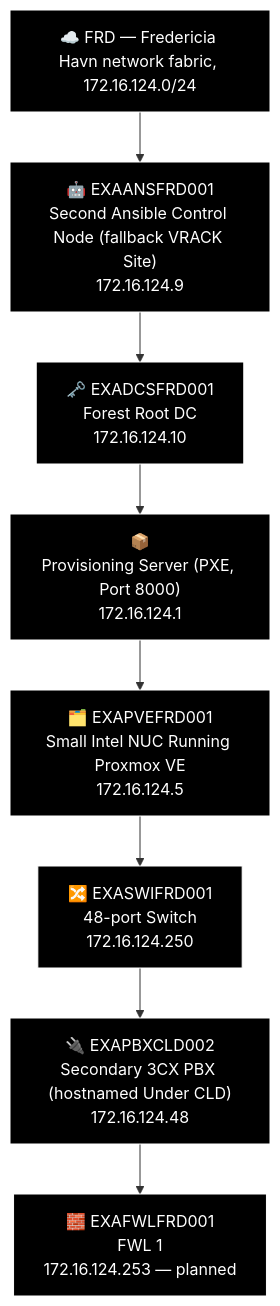
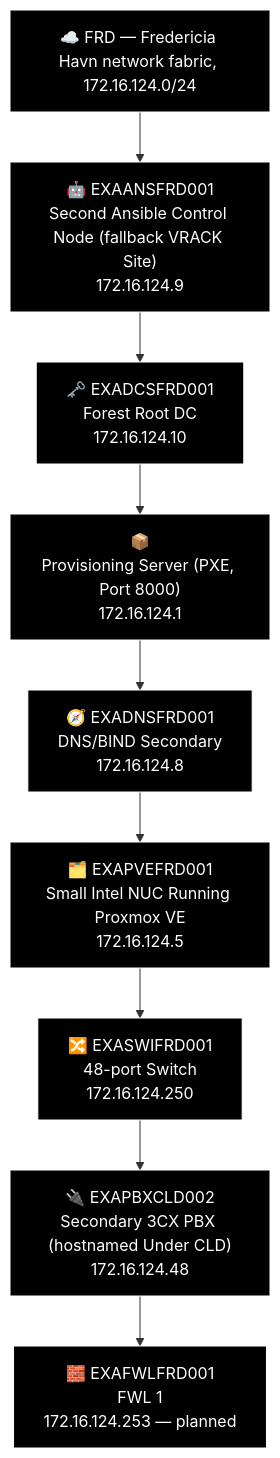
Before and after one commit to knightmare2600/example_music_infra: diagram 21 of 23 in docs/network-diagram/danmark.md, drawn with Mermaid. The commit also changed 3 other files, not shown here.

First line of the commit message:
devices.csv: add EXADNSFRD001 (FRD DNS secondary) -- Robert confirmed secondary/replica

````diff
--- a/docs/network-diagram/danmark.md
+++ b/docs/network-diagram/danmark.md
@@ -1010,23 +1010,25 @@
 ```mermaid
 %% GENERATED:TOPOLOGY:FRD:START
 %%{init: {'flowchart': {'curve': 'stepAfter'}}}%%
 graph TD
     T_FRD["☁️ FRD — Fredericia Havn network fabric, 172.16.124.0/24"]
     T_ANS["🤖 EXAANSFRD001<br/>Second Ansible Control Node (fallback VRACK Site)<br/>172.16.124.9"]
     T_DCS["🗝️ EXADCSFRD001<br/>Forest Root DC<br/>172.16.124.10"]
     T_TMP["📦<br/>Provisioning Server (PXE, Port 8000)<br/>172.16.124.1"]
+    T_DNS["🧭 EXADNSFRD001<br/>DNS/BIND Secondary<br/>172.16.124.8"]
     T_PVE["🗂️ EXAPVEFRD001<br/>Small Intel NUC Running Proxmox VE<br/>172.16.124.5"]
     T_SWI["🔀 EXASWIFRD001<br/>48-port Switch<br/>172.16.124.250"]
     T_PBX["🔌 EXAPBXCLD002<br/>Secondary 3CX PBX (hostnamed Under CLD)<br/>172.16.124.48"]
     T_FWL["🧱 EXAFWLFRD001<br/>FWL 1<br/>172.16.124.253 — planned"]
-    T_FRD --> T_ANS --> T_DCS --> T_TMP --> T_PVE --> T_SWI --> T_PBX --> T_FWL
+    T_FRD --> T_ANS --> T_DCS --> T_TMP --> T_DNS --> T_PVE --> T_SWI --> T_PBX --> T_FWL
     style T_FRD fill:#000000,stroke:#FFFFFF,color:#FFFFFF
     style T_ANS fill:#000000,stroke:#FFFFFF,color:#FFFFFF
     style T_DCS fill:#000000,stroke:#FFFFFF,color:#FFFFFF
     style T_TMP fill:#000000,stroke:#FFFFFF,color:#FFFFFF
+    style T_DNS fill:#000000,stroke:#FFFFFF,color:#FFFFFF
     style T_PVE fill:#000000,stroke:#FFFFFF,color:#FFFFFF
     style T_SWI fill:#000000,stroke:#FFFFFF,color:#FFFFFF
     style T_PBX fill:#000000,stroke:#FFFFFF,color:#FFFFFF
     style T_FWL fill:#000000,stroke:#FFFFFF,color:#FFFFFF
 %% GENERATED:TOPOLOGY:FRD:END
 ```
````
